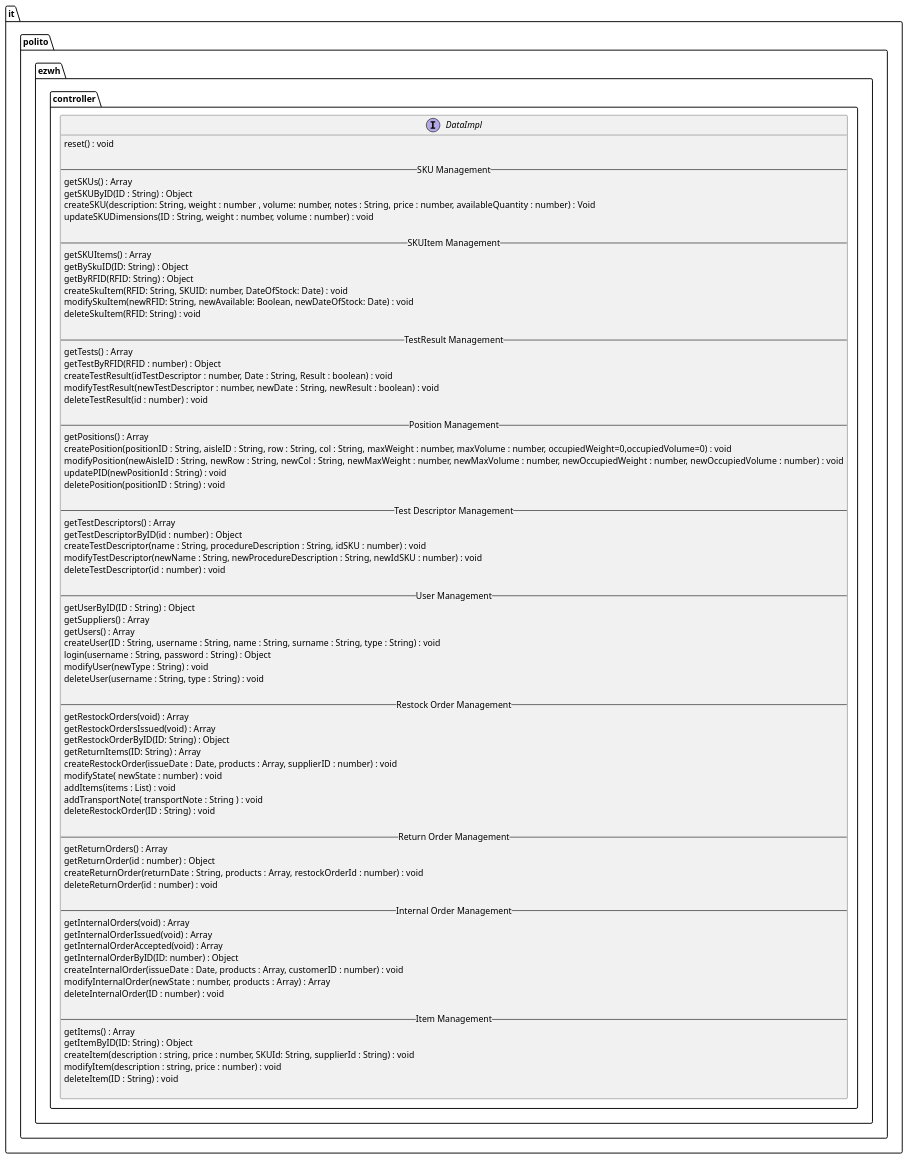
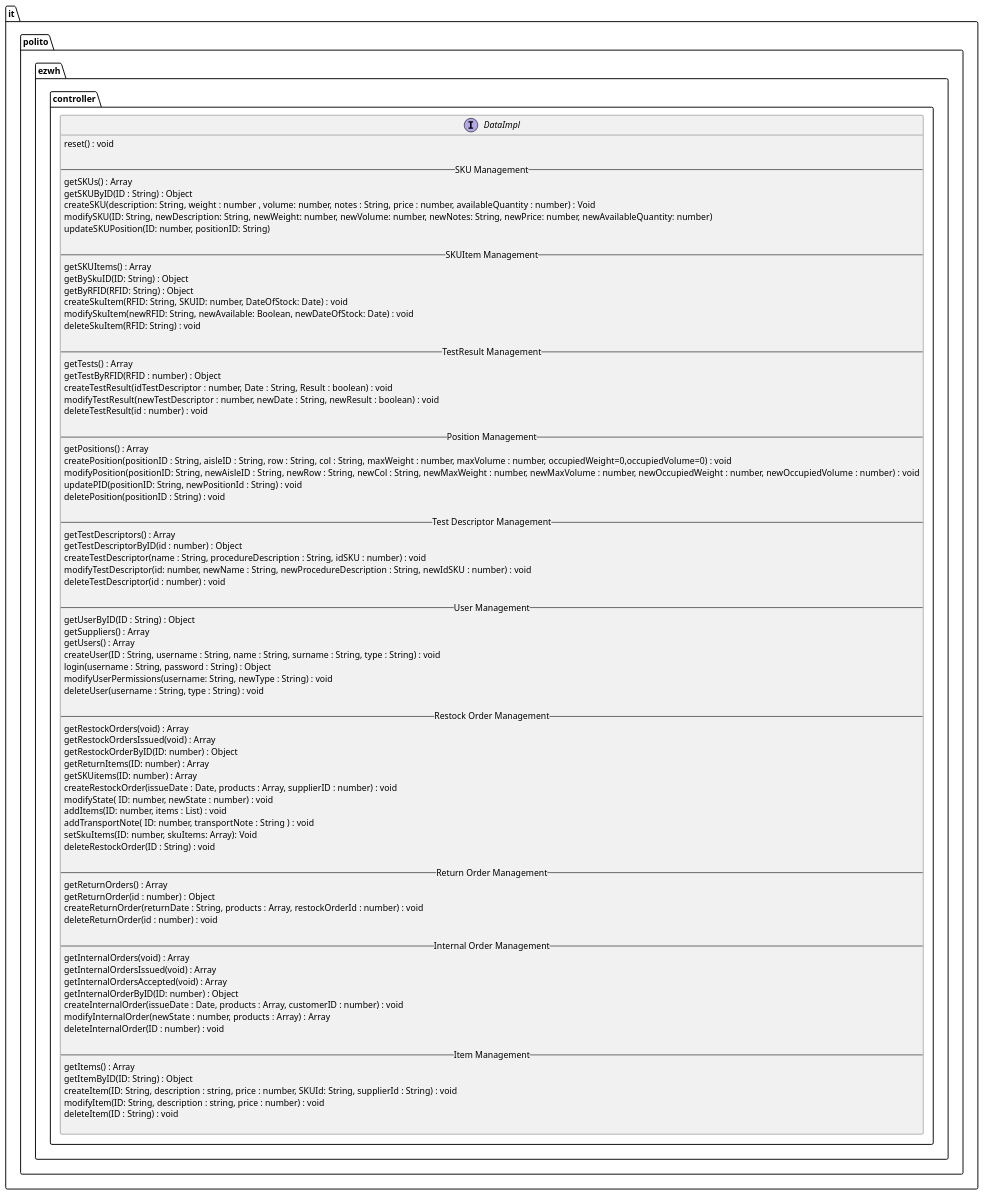
The second of 7 diagrams in DESIGN PART/DesignDocument.md (DavideArcolini/SoftEng_garbageCollector), drawn with PlantUML before and after one commit. The commit also changed other lines of this file, not shown here.

```diff
--- a/DESIGN PART/DesignDocument.md
+++ b/DESIGN PART/DesignDocument.md
@@ -63,7 +63,8 @@
     getSKUs() : Array
     getSKUByID(ID : String) : Object
     createSKU(description: String, weight : number , volume: number, notes : String, price : number, availableQuantity : number) : Void
-    updateSKUDimensions(ID : String, weight : number, volume : number) : void
+    modifySKU(ID: String, newDescription: String, newWeight: number, newVolume: number, newNotes: String, newPrice: number, newAvailableQuantity: number)
+    updateSKUPosition(ID: number, positionID: String)
     
     -- SKUItem Management --
     getSKUItems() : Array
@@ -83,15 +84,15 @@
     -- Position Management --
     getPositions() : Array
     createPosition(positionID : String, aisleID : String, row : String, col : String, maxWeight : number, maxVolume : number, occupiedWeight=0,occupiedVolume=0) : void
-    modifyPosition(newAisleID : String, newRow : String, newCol : String, newMaxWeight : number, newMaxVolume : number, newOccupiedWeight : number, newOccupiedVolume : number) : void
-    updatePID(newPositionId : String) : void
+    modifyPosition(positionID: String, newAisleID : String, newRow : String, newCol : String, newMaxWeight : number, newMaxVolume : number, newOccupiedWeight : number, newOccupiedVolume : number) : void
+    updatePID(positionID: String, newPositionId : String) : void
     deletePosition(positionID : String) : void
     
     -- Test Descriptor Management --
     getTestDescriptors() : Array
     getTestDescriptorByID(id : number) : Object
     createTestDescriptor(name : String, procedureDescription : String, idSKU : number) : void
-    modifyTestDescriptor(newName : String, newProcedureDescription : String, newIdSKU : number) : void
+    modifyTestDescriptor(id: number, newName : String, newProcedureDescription : String, newIdSKU : number) : void
     deleteTestDescriptor(id : number) : void
 
     -- User Management --
@@ -100,18 +101,20 @@
     getUsers() : Array
     createUser(ID : String, username : String, name : String, surname : String, type : String) : void
     login(username : String, password : String) : Object
-    modifyUser(newType : String) : void
+    modifyUserPermissions(username: String, newType : String) : void
     deleteUser(username : String, type : String) : void
     
     -- Restock Order Management --
     getRestockOrders(void) : Array
     getRestockOrdersIssued(void) : Array
-    getRestockOrderByID(ID: String) : Object
-    getReturnItems(ID: String) : Array
+    getRestockOrderByID(ID: number) : Object
+    getReturnItems(ID: number) : Array
+    getSKUitems(ID: number) : Array
     createRestockOrder(issueDate : Date, products : Array, supplierID : number) : void
-    modifyState( newState : number) : void
-    addItems(items : List) : void
-    addTransportNote( transportNote : String ) : void
+    modifyState( ID: number, newState : number) : void
+    addItems(ID: number, items : List) : void
+    addTransportNote( ID: number, transportNote : String ) : void
+    setSkuItems(ID: number, skuItems: Array): Void
     deleteRestockOrder(ID : String) : void
 
     -- Return Order Management --
@@ -122,8 +125,8 @@
     
     -- Internal Order Management --
     getInternalOrders(void) : Array
-    getInternalOrderIssued(void) : Array
-    getInternalOrderAccepted(void) : Array
+    getInternalOrdersIssued(void) : Array
+    getInternalOrdersAccepted(void) : Array
     getInternalOrderByID(ID: number) : Object
     createInternalOrder(issueDate : Date, products : Array, customerID : number) : void
     modifyInternalOrder(newState : number, products : Array) : Array
@@ -132,8 +135,8 @@
     -- Item Management --
     getItems() : Array
     getItemByID(ID: String) : Object
-    createItem(description : string, price : number, SKUId: String, supplierId : String) : void
-    modifyItem(description : string, price : number) : void
+    createItem(ID: String, description : string, price : number, SKUId: String, supplierId : String) : void
+    modifyItem(ID: String, description : string, price : number) : void
     deleteItem(ID : String) : void
 
   }
```
